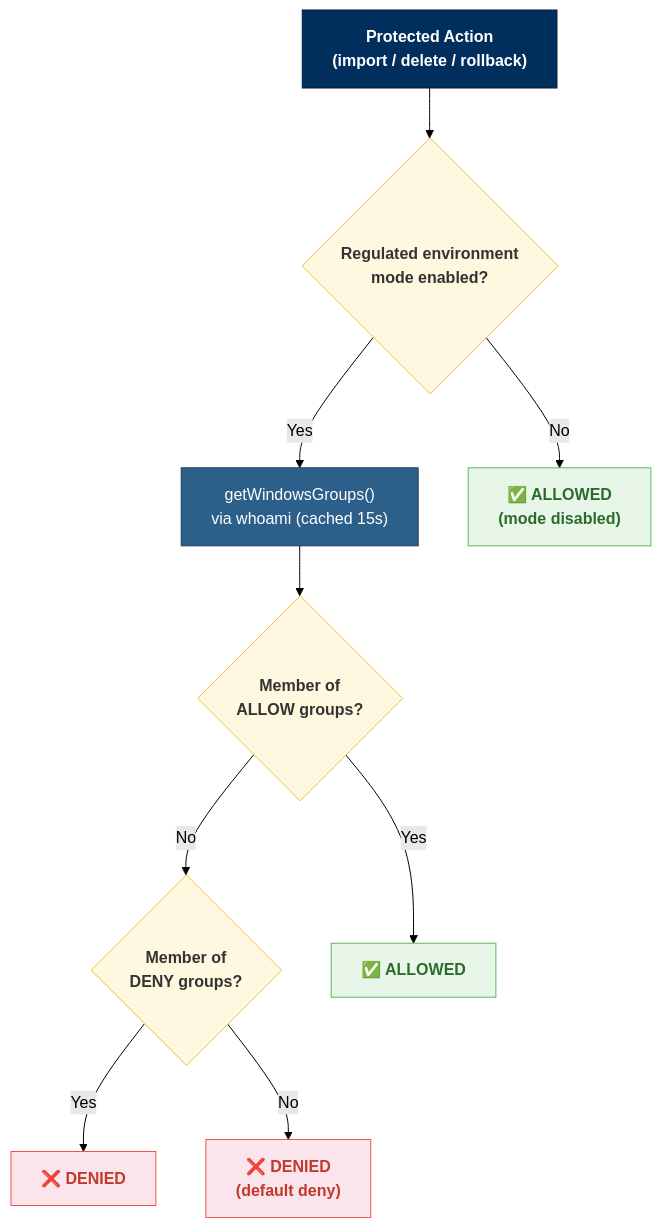
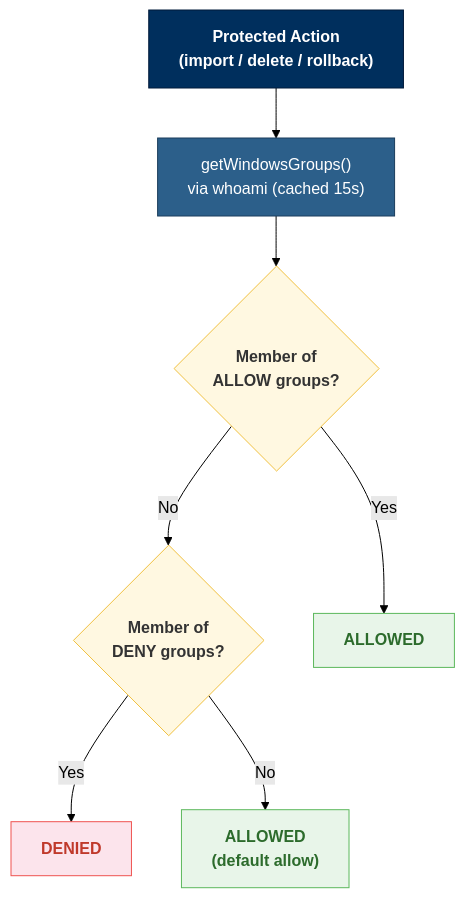
One commit to zdmilot/Library-Manager changed the diagram in CHM Help Source Files/mermaid_src/17_auth_decision_flow.mmd. Above: the diagram before and after it, drawn with Mermaid (forest theme). The commit also changed 3 other files, not shown here.

```diff
--- a/CHM Help Source Files/mermaid_src/17_auth_decision_flow.mmd
+++ b/CHM Help Source Files/mermaid_src/17_auth_decision_flow.mmd
@@ -1,26 +1,22 @@
 flowchart TD
     classDef action fill:#002f5d,color:#fff,stroke:#001a3a,font-weight:bold
     classDef process fill:#2c5f8a,color:#fff,stroke:#1a3d5c
     classDef decision fill:#fff8e1,color:#333,stroke:#f0c040,font-weight:bold
     classDef allowed fill:#e8f5e9,color:#2c6b2c,stroke:#5cb85c,font-weight:bold
     classDef denied fill:#fce4ec,color:#c0392b,stroke:#ef5350,font-weight:bold
 
     START["Protected Action<br/>(import / delete / rollback)"]:::action
-    CHK_REG{"Regulated environment<br/>mode enabled?"}:::decision
     GROUPS["getWindowsGroups()<br/>via whoami (cached 15s)"]:::process
     CHK_ALLOW{"Member of<br/>ALLOW groups?"}:::decision
     CHK_DENY{"Member of<br/>DENY groups?"}:::decision
 
-    ALLOW1["✅ ALLOWED"]:::allowed
-    ALLOW2["✅ ALLOWED<br/>(mode disabled)"]:::allowed
-    DENY1["❌ DENIED"]:::denied
-    DENY2["❌ DENIED<br/>(default deny)"]:::denied
+    ALLOW1["ALLOWED"]:::allowed
+    ALLOW2["ALLOWED<br/>(default allow)"]:::allowed
+    DENY1["DENIED"]:::denied
 
-    START --> CHK_REG
-    CHK_REG -- "No" --> ALLOW2
-    CHK_REG -- "Yes" --> GROUPS
+    START --> GROUPS
     GROUPS --> CHK_ALLOW
     CHK_ALLOW -- "Yes" --> ALLOW1
     CHK_ALLOW -- "No" --> CHK_DENY
     CHK_DENY -- "Yes" --> DENY1
-    CHK_DENY -- "No" --> DENY2
+    CHK_DENY -- "No" --> ALLOW2
```
